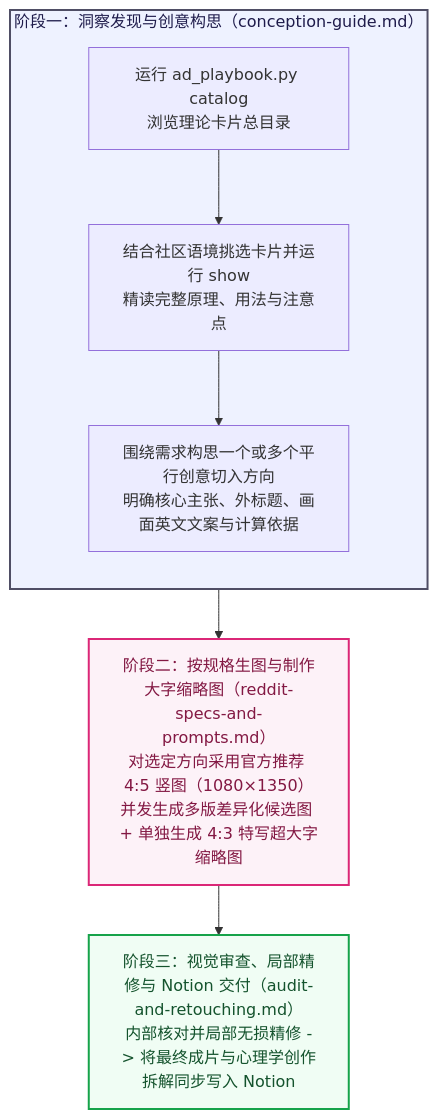
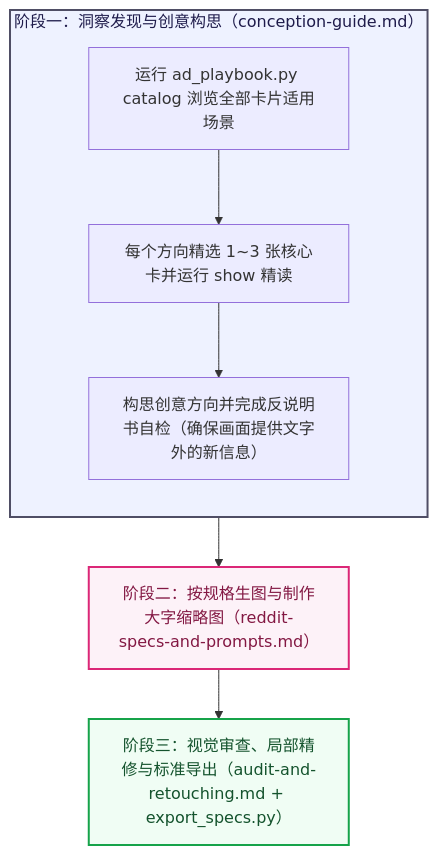
The diagram in skills/reddit-ad-creative/SKILL.md (ezra-y/reddit-ad-workflow-skills), drawn with Mermaid before and after one commit. The commit also changed other lines of this file and 15 other files, not shown here.

Commit message:
feat(reddit-ad-creative): loosen rigid layout rules, expand visual carriers, add export_specs CLI and catalog/show guardrails

````diff
--- a/skills/reddit-ad-creative/SKILL.md
+++ b/skills/reddit-ad-creative/SKILL.md
@@ -26,15 +26,15 @@
 ```mermaid
 flowchart TD
     subgraph P1["阶段一：洞察发现与创意构思（conception-guide.md）"]
         direction TB
-        C1["运行 ad_playbook.py catalog<br/>浏览理论卡片总目录"] --> C2["结合社区语境挑选卡片并运行 show<br/>精读完整原理、用法与注意点"]
-        C2 --> C3["围绕需求构思一个或多个平行创意切入方向<br/>明确核心主张、外标题、画面英文文案与计算依据"]
+        C1["运行 ad_playbook.py catalog 浏览全部卡片适用场景"] --> C2["每个方向精选 1~3 张核心卡并运行 show 精读"]
+        C2 --> C3["构思创意方向并完成反说明书自检（确保画面提供文字外的新信息）"]
     end
 
-    P1 --> P2["阶段二：按规格生图与制作大字缩略图（reddit-specs-and-prompts.md）<br/>对选定方向采用官方推荐 4:5 竖图（1080×1350）并发生成多版差异化候选图 + 单独生成 4:3 特写超大字缩略图"]
-    P2 --> P3["阶段三：视觉审查、局部精修与 Notion 交付（audit-and-retouching.md）<br/>内部核对并局部无损精修 -> 将最终成片与心理学创作拆解同步写入 Notion"]
+    P1 --> P2["阶段二：按规格生图与制作大字缩略图（reddit-specs-and-prompts.md）"]
+    P2 --> P3["阶段三：视觉审查、局部精修与标准导出（audit-and-retouching.md + export_specs.py）"]
 
     style P1 fill:#EEF2FF,stroke:#4F4E65,color:#1E1B4B,stroke-width:2px
     style P2 fill:#FDF2F8,stroke:#DB2777,color:#831843,stroke-width:2px
     style P3 fill:#F0FDF4,stroke:#16A34A,color:#14532D,stroke-width:2px
 ```
````
